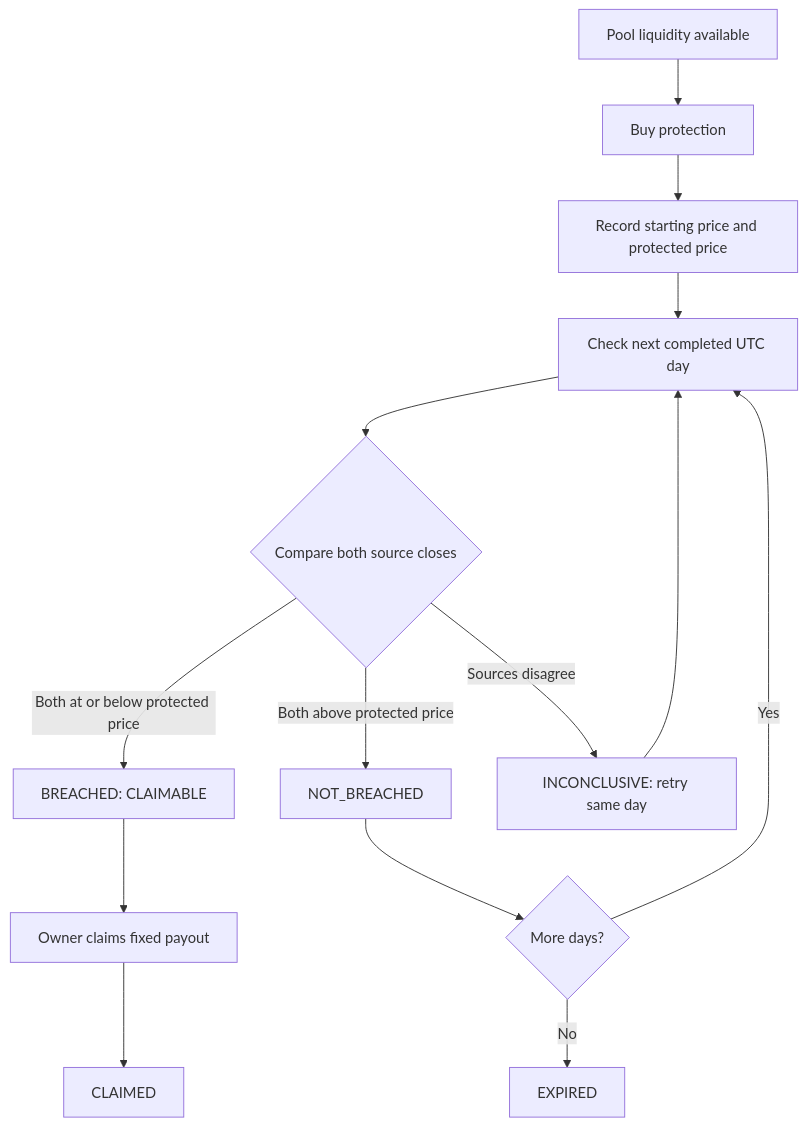
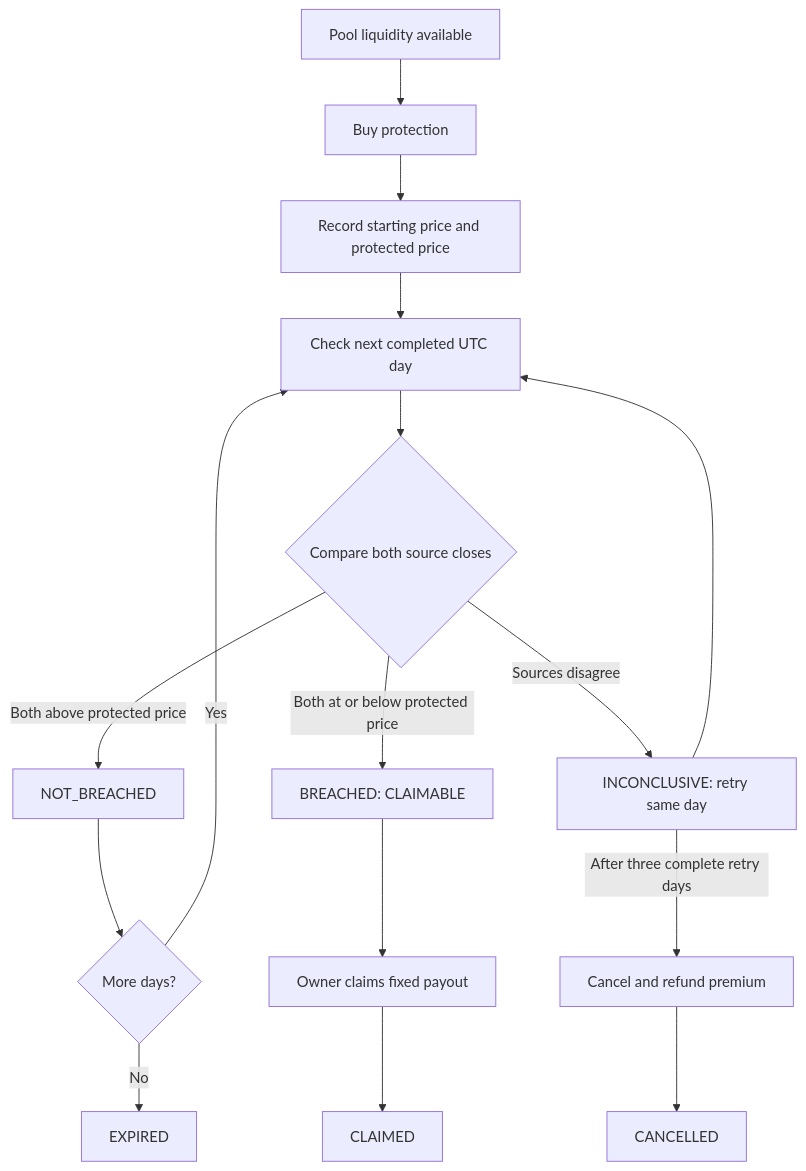
The second of 2 diagrams in README.md (jason4185/commoda), drawn with Mermaid before and after one commit. The commit also changed other lines of this file and 15 other files, not shown here.

````diff
--- a/README.md
+++ b/README.md
@@ -96,16 +97,18 @@
 ```mermaid
 flowchart TD
     Pool[Pool liquidity available] --> Buy[Buy protection]
     Buy --> Lock[Record starting price and protected price]
     Lock --> Check[Check next completed UTC day]
     Check --> Outcome{Compare both source closes}
     Outcome -->|Both above protected price| Clear[NOT_BREACHED]
     Outcome -->|Both at or below protected price| Claimable[BREACHED: CLAIMABLE]
     Outcome -->|Sources disagree| Retry[INCONCLUSIVE: retry same day]
     Clear --> More{More days?}
     More -->|Yes| Check
     More -->|No| Expired[EXPIRED]
     Retry --> Check
+    Retry -->|After three complete retry days| Cancel[Cancel and refund premium]
     Claimable --> Claim[Owner claims fixed payout]
     Claim --> Claimed[CLAIMED]
+    Cancel --> Cancelled[CANCELLED]
 ```
````
